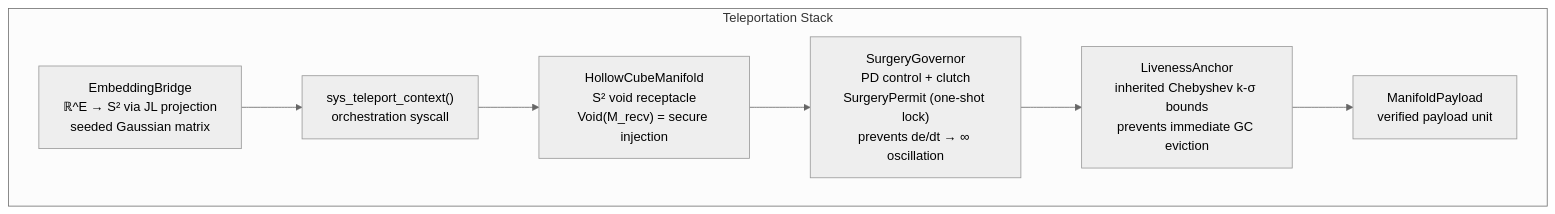
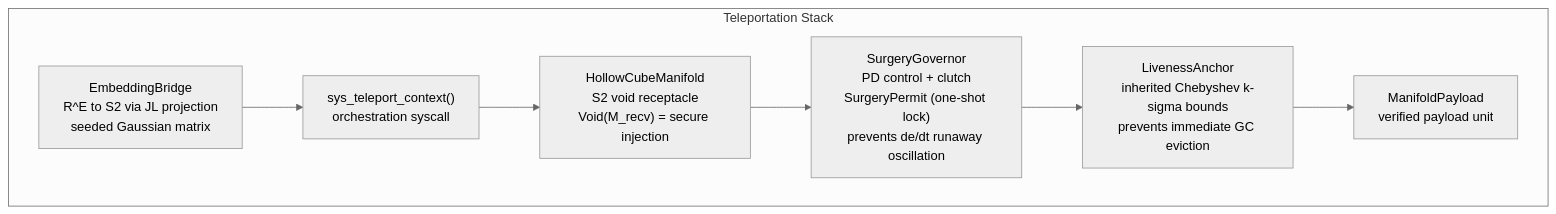
Before and after one commit to teerthsharma/Epsilon-Hollow: the tenth of 12 diagrams in README.md, drawn with Mermaid (neutral theme). The commit also changed other lines of this file and 55 other files, not shown here.

````diff
--- a/README.md
+++ b/README.md
@@ -1419,17 +1427,17 @@
 ```mermaid
 graph TD
     subgraph SG59["Teleportation Stack"]
-        BRIDGE["EmbeddingBridge<br/>ℝ^E → S² via JL projection<br/>seeded Gaussian matrix"]
+        BRIDGE["EmbeddingBridge<br/>R^E to S2 via JL projection<br/>seeded Gaussian matrix"]
         TELEPORT["sys_teleport_context()<br/>orchestration syscall"]
-        HOLLOW["HollowCubeManifold<br/>S² void receptacle<br/>Void(M_recv) = secure injection"]
-        SURGERY_GOV["SurgeryGovernor<br/>PD control + clutch<br/>SurgeryPermit (one-shot lock)<br/>prevents de/dt → ∞ oscillation"]
-        LIVENESS["LivenessAnchor<br/>inherited Chebyshev k-σ bounds<br/>prevents immediate GC eviction"]
+        HOLLOW["HollowCubeManifold<br/>S2 void receptacle<br/>Void(M_recv) = secure injection"]
+        SURGERY_GOV["SurgeryGovernor<br/>PD control + clutch<br/>SurgeryPermit (one-shot lock)<br/>prevents de/dt runaway oscillation"]
+        LIVENESS["LivenessAnchor<br/>inherited Chebyshev k-sigma bounds<br/>prevents immediate GC eviction"]
         PAYLOAD["ManifoldPayload<br/>verified payload unit"]
     end
 
     BRIDGE --> TELEPORT
     TELEPORT --> HOLLOW
     HOLLOW --> SURGERY_GOV
     SURGERY_GOV --> LIVENESS
     LIVENESS --> PAYLOAD
 ```
````
